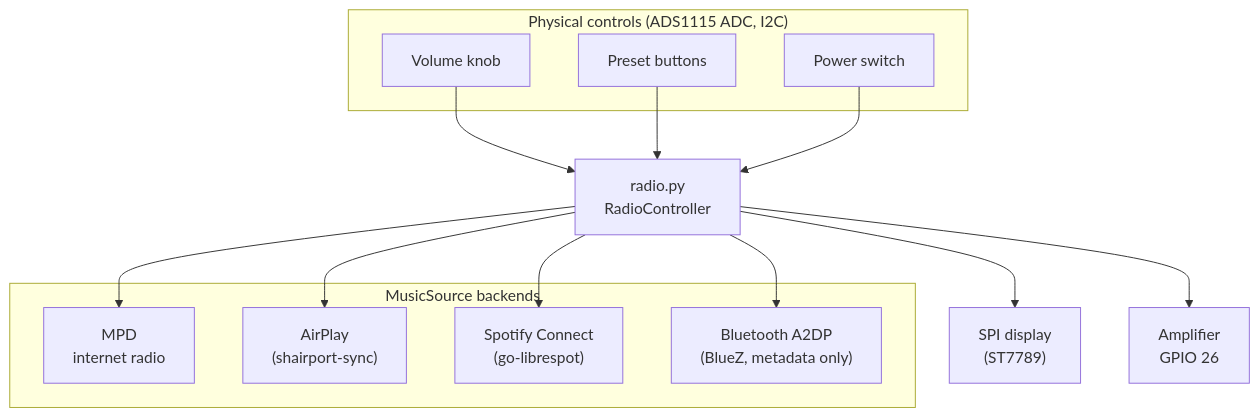
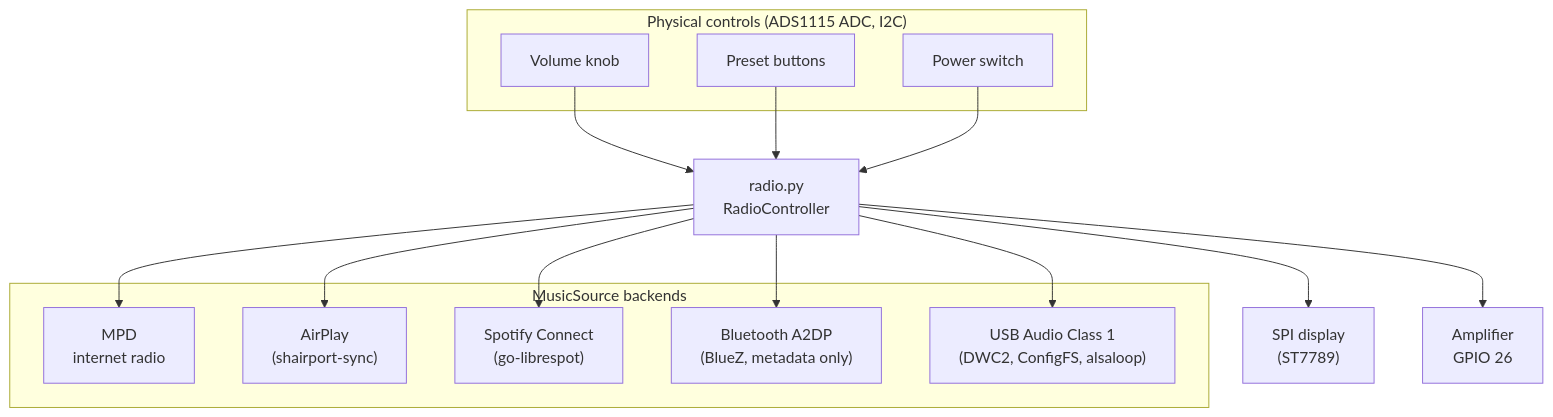
One commit to thk4711/raspberry-kitchen-radio changed the first of 2 diagrams in README.md. Above: the diagram before and after it, drawn with Mermaid. The commit also changed other lines of this file and 216 other files, not shown here.

````diff
--- a/README.md
+++ b/README.md
@@ -41,30 +54,32 @@
 ```mermaid
 graph TD
     subgraph Inputs["Physical controls (ADS1115 ADC, I2C)"]
         VOL["Volume knob"]
         BTN["Preset buttons"]
         PWR["Power switch"]
     end
 
     RC["radio.py<br/>RadioController"]
 
     subgraph Sources["MusicSource backends"]
         MPD["MPD<br/>internet radio"]
         AIR["AirPlay<br/>(shairport-sync)"]
         SPO["Spotify Connect<br/>(go-librespot)"]
         BT["Bluetooth A2DP<br/>(BlueZ, metadata only)"]
+        USB["USB Audio Class 1<br/>(DWC2, ConfigFS, alsaloop)"]
     end
 
     DISP["SPI display<br/>(ST7789)"]
     AMP["Amplifier<br/>GPIO 26"]
 
     VOL --> RC
     BTN --> RC
     PWR --> RC
     RC --> MPD
     RC --> AIR
     RC --> SPO
     RC --> BT
+    RC --> USB
     RC --> DISP
     RC --> AMP
 ```
````
